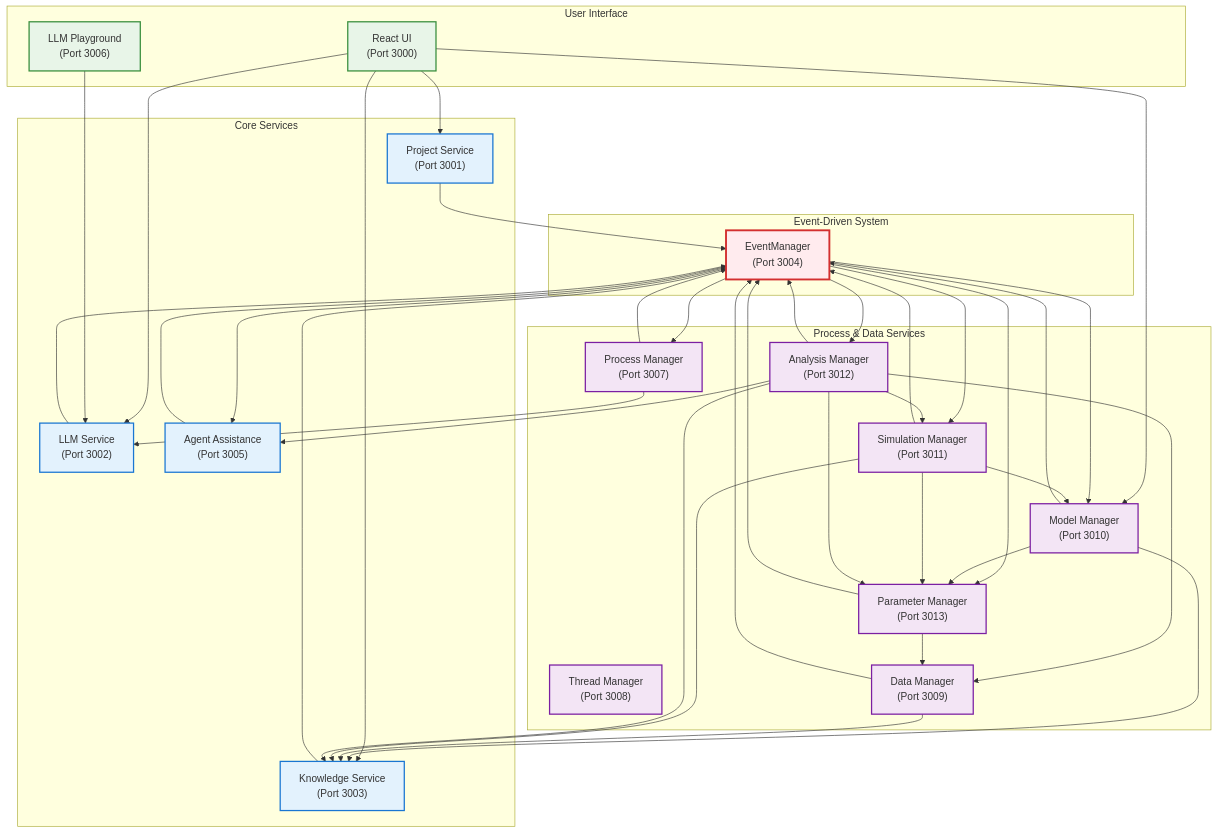
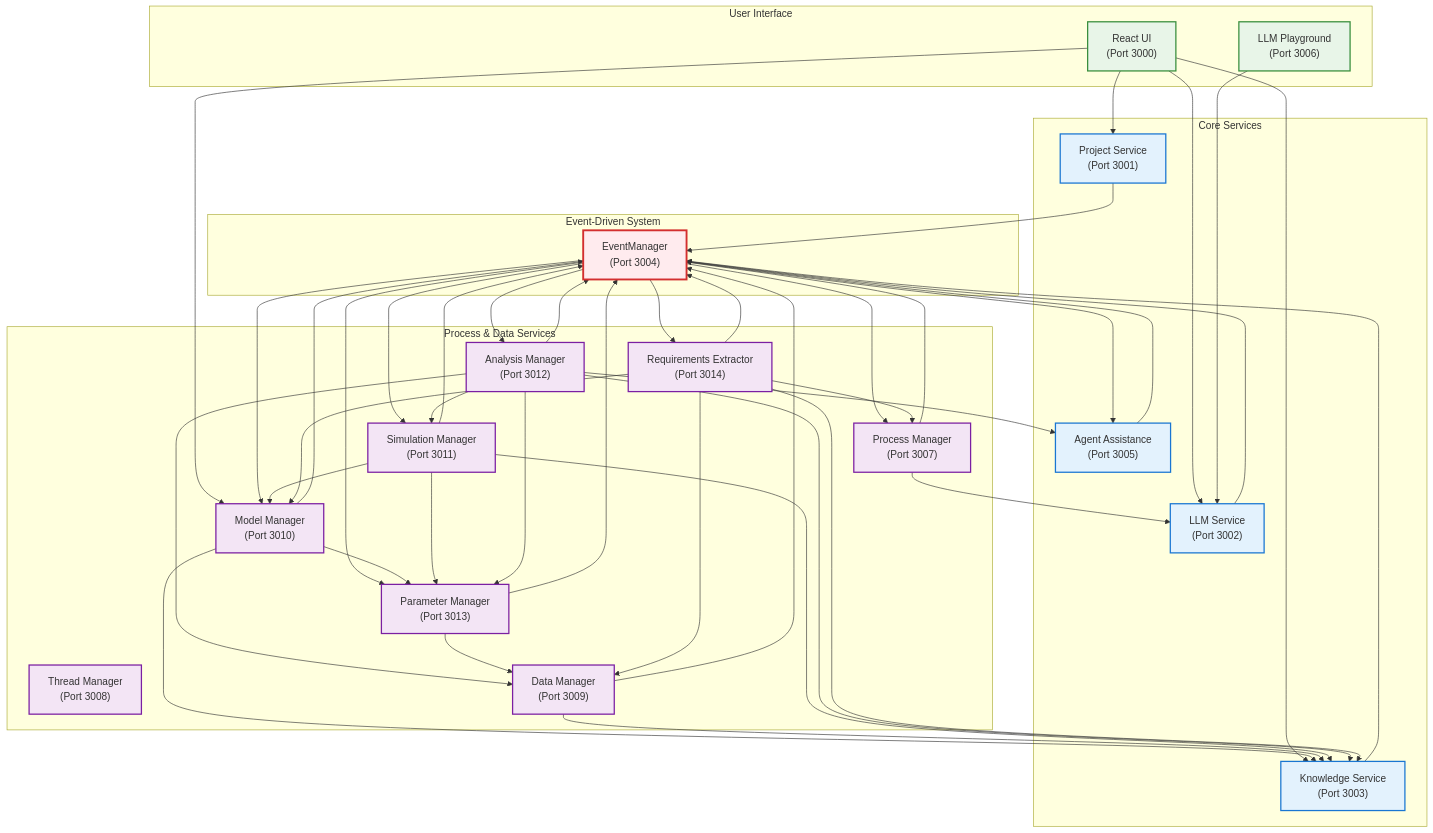
One commit to laserpointlabs/dadms changed the first of 2 diagrams in docs/architecture/README.md. Above: the diagram before and after it, drawn with Mermaid. The commit also changed other lines of this file and 9 other files, not shown here.

First line of the commit message:
Add comprehensive EDS white paper detailing architecture and core components

````diff
--- a/docs/architecture/README.md
+++ b/docs/architecture/README.md
@@ -41,6 +41,7 @@
         SimulationManager["Simulation Manager<br/>(Port 3011)"]
         AnalysisManager["Analysis Manager<br/>(Port 3012)"]
         ParameterManager["Parameter Manager<br/>(Port 3013)"]
+        RequirementsExtractor["Requirements Extractor<br/>(Port 3014)"]
     end
     
     %% UI connections
@@ -61,6 +62,7 @@
     SimulationManager --> EventManager
     AnalysisManager --> EventManager
     ParameterManager --> EventManager
+    RequirementsExtractor --> EventManager
     
     %% EventManager back to services
     EventManager --> AAS
@@ -69,6 +71,7 @@
     EventManager --> SimulationManager
     EventManager --> AnalysisManager
     EventManager --> ParameterManager
+    EventManager --> RequirementsExtractor
     
     %% Service interconnections
     ProcessManager --> LLMService
@@ -84,6 +87,10 @@
     AnalysisManager --> AAS
     AnalysisManager --> ParameterManager
     ParameterManager --> DataManager
+    RequirementsExtractor --> KnowledgeService
+    RequirementsExtractor --> DataManager
+    RequirementsExtractor --> ModelManager
+    RequirementsExtractor --> ProcessManager
     
     classDef ui fill:#e8f5e8,stroke:#388e3c,stroke-width:2px;
     classDef core fill:#e3f2fd,stroke:#1976d2,stroke-width:2px;
@@ -93,5 +100,5 @@
     class WebUI,Playground ui;
     class ProjectService,LLMService,KnowledgeService,AAS core;
     class EventManager event;
-    class ProcessManager,ThreadManager,DataManager,ModelManager,SimulationManager,AnalysisManager,ParameterManager process;
+    class ProcessManager,ThreadManager,DataManager,ModelManager,SimulationManager,AnalysisManager,ParameterManager,RequirementsExtractor process;
 ```
````
